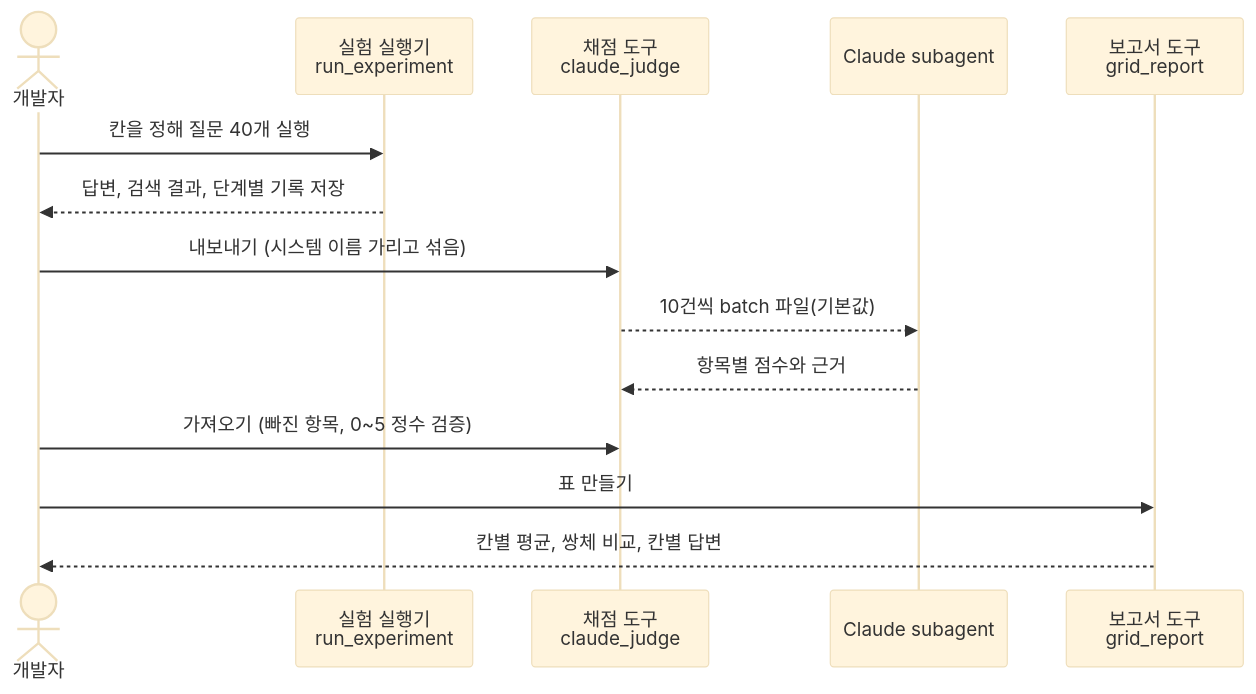
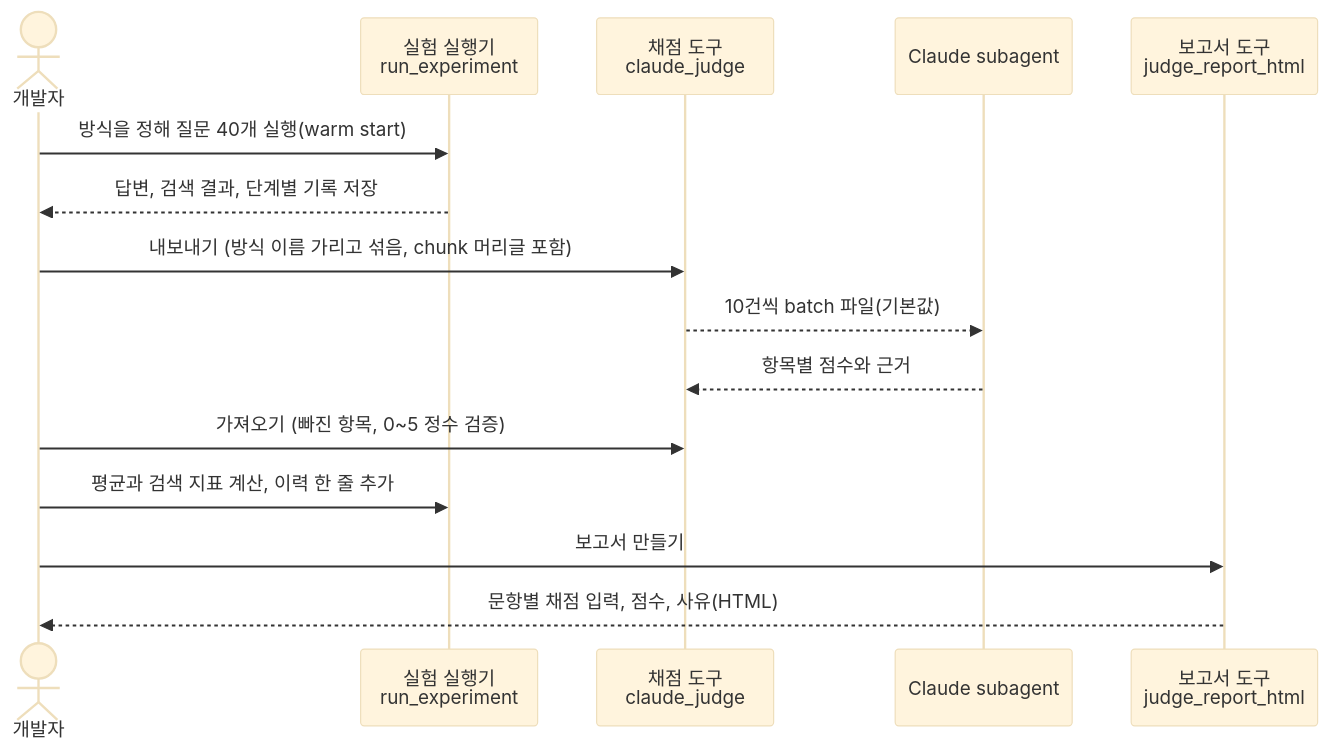
The second of 2 diagrams in docs/06_평가.md (adover134/hierarchical-md-rag), drawn with Mermaid (base theme) before and after one commit. The commit also changed 9 other files, not shown here.

````diff
--- a/docs/06_평가.md
+++ b/docs/06_평가.md
@@ -42,17 +42,18 @@
 ```mermaid
 sequenceDiagram
     actor 개발자
     participant R as 실험 실행기<br/>run_experiment
     participant J as 채점 도구<br/>claude_judge
     participant C as Claude subagent
-    participant G as 보고서 도구<br/>grid_report
+    participant G as 보고서 도구<br/>judge_report_html
 
-    개발자->>R: 칸을 정해 질문 40개 실행
+    개발자->>R: 방식을 정해 질문 40개 실행(warm start)
     R-->>개발자: 답변, 검색 결과, 단계별 기록 저장
-    개발자->>J: 내보내기 (시스템 이름 가리고 섞음)
+    개발자->>J: 내보내기 (방식 이름 가리고 섞음, chunk 머리글 포함)
     J-->>C: 10건씩 batch 파일(기본값)
     C-->>J: 항목별 점수와 근거
     개발자->>J: 가져오기 (빠진 항목, 0~5 정수 검증)
-    개발자->>G: 표 만들기
-    G-->>개발자: 칸별 평균, 쌍체 비교, 칸별 답변
+    개발자->>R: 평균과 검색 지표 계산, 이력 한 줄 추가
+    개발자->>G: 보고서 만들기
+    G-->>개발자: 문항별 채점 입력, 점수, 사유(HTML)
 ```
````
